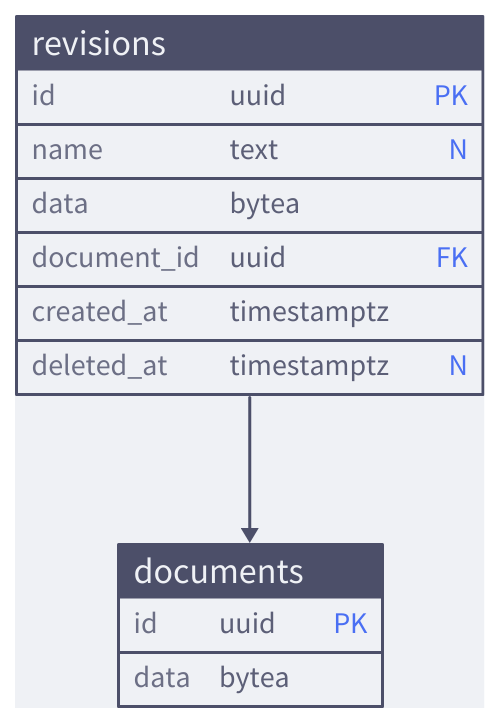
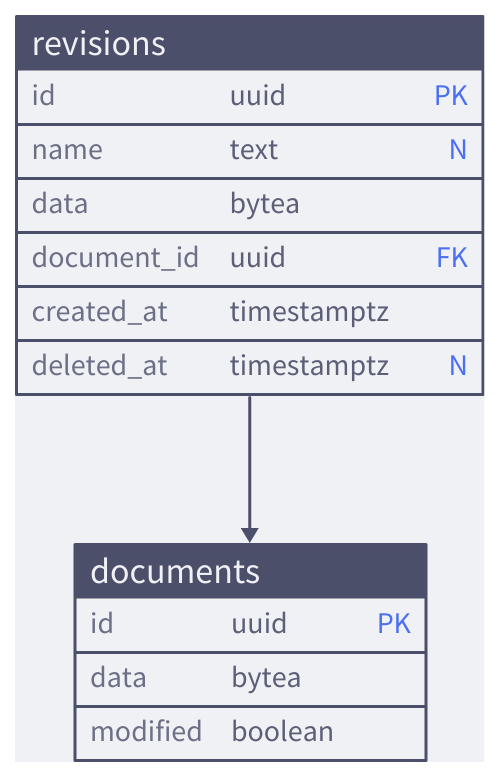
The second of 2 diagrams in docs/src/references/database.md (notopia-uit/notopia), drawn with D2 before and after one commit. The commit also changed 36 other files, not shown here.

````diff
--- a/docs/src/references/database.md
+++ b/docs/src/references/database.md
@@ -103,44 +103,45 @@
 ```d2
 vars: {
   d2-config: {
     layout-engine: elk
     theme-overrides: {
       N1: "#4c4f69"
       N2: "#5c5f77"
       N4: "#acb0be"
       N5: "#ccd0da"
       N7: "#eff1f5"
       B1: "#4c4f69"
       B2: "#6c6f85"
       B3: "#bcc0cc"
       B4: "#ccd0da"
       B5: "#dce0e8"
       B6: "#eff1f5"
       AA4: "#1e66f5"
       AA5: "#7287fd"
       AB4: "#8839ef"
       AB5: "#dc8a78"
     }
   }
 }
 
 documents: {
   id: uuid {constraint: PK}
   data: bytea
+  modified: boolean
 
   shape: sql_table
 }
 
 revisions: {
   id: uuid {constraint: PK}
   name: text {constraint: N}
   data: bytea
   document_id: uuid {constraint: FK}
   created_at: timestamptz
   deleted_at: timestamptz {constraint: N}
 
   shape: sql_table
 }
 
 revisions.document_id -> documents.id
 ```
````
